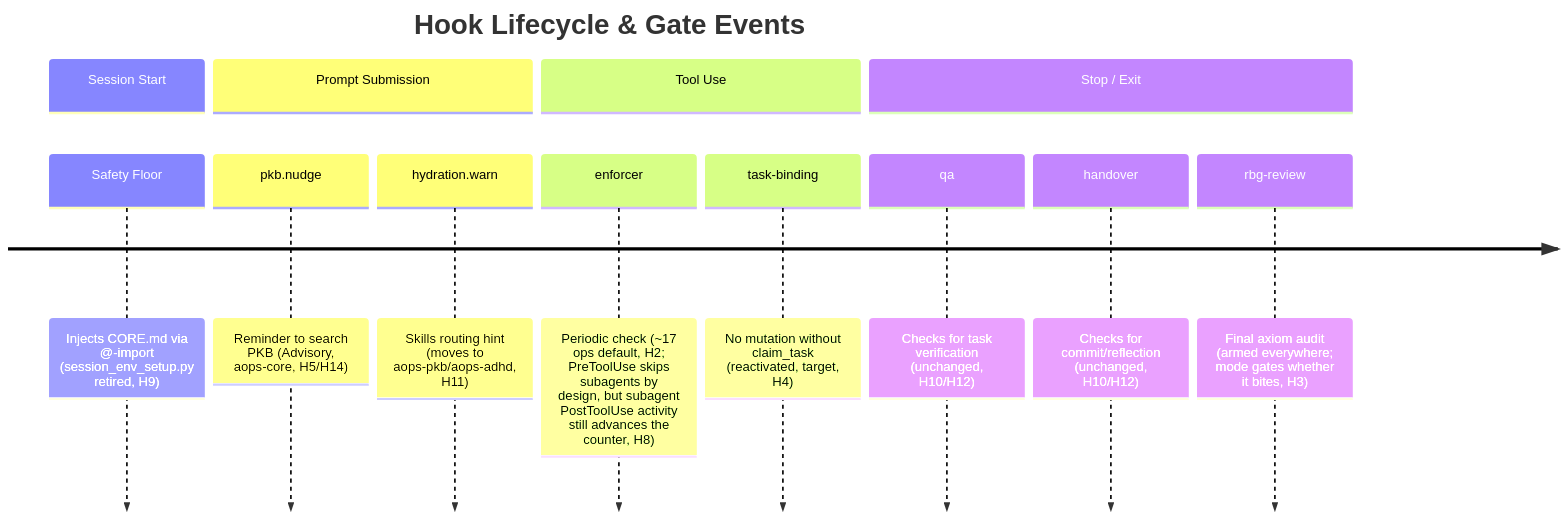
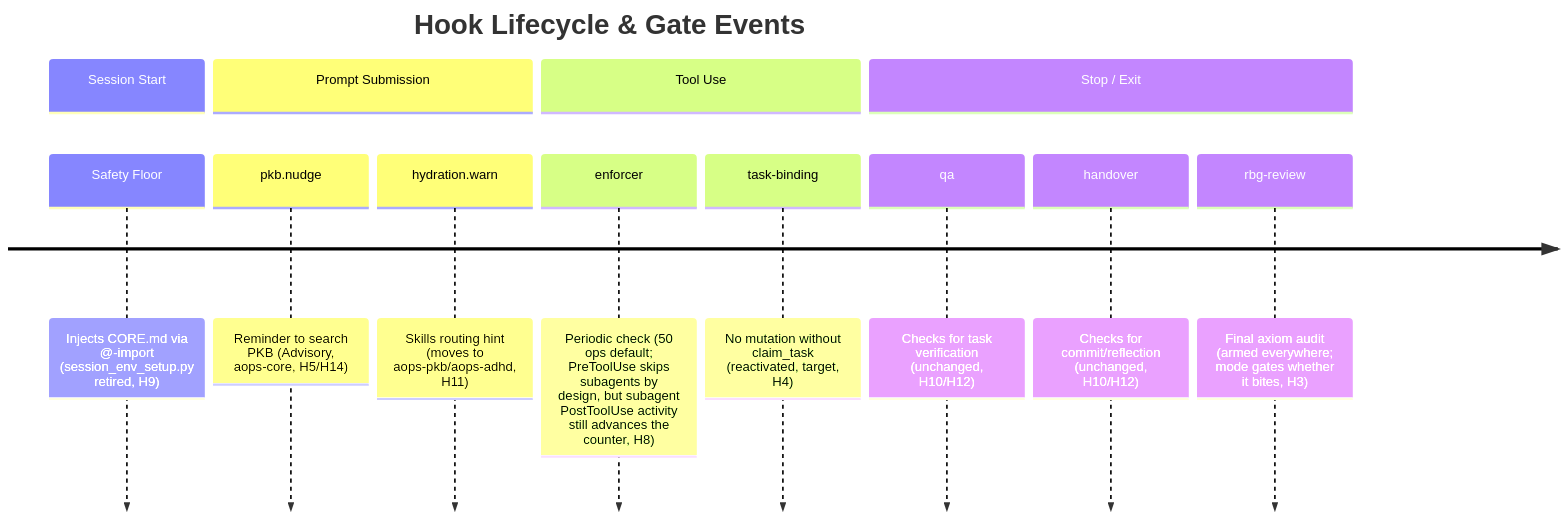
The diagram in specs/enforcement/GATES.md (nicsuzor/academicOps), drawn with Mermaid before and after one commit. The commit also changed other lines of this file and 8 other files, not shown here.

````diff
--- a/specs/enforcement/GATES.md
+++ b/specs/enforcement/GATES.md
@@ -59,16 +59,16 @@
 ```mermaid
 timeline
     title Hook Lifecycle & Gate Events
     section Session Start
         Safety Floor : Injects CORE.md via @-import (session_env_setup.py retired, H9)
     section Prompt Submission
         pkb.nudge : Reminder to search PKB (Advisory, aops-core, H5/H14)
         hydration.warn : Skills routing hint (moves to aops-pkb/aops-adhd, H11)
     section Tool Use
-        enforcer : Periodic check (~17 ops default, H2; PreToolUse skips subagents by design, but subagent PostToolUse activity still advances the counter, H8)
+        enforcer : Periodic check (50 ops default; PreToolUse skips subagents by design, but subagent PostToolUse activity still advances the counter, H8)
         task-binding : No mutation without claim_task (reactivated, target, H4)
     section Stop / Exit
         qa : Checks for task verification (unchanged, H10/H12)
         handover : Checks for commit/reflection (unchanged, H10/H12)
         rbg-review : Final axiom audit (armed everywhere; mode gates whether it bites, H3)
 ```
````
